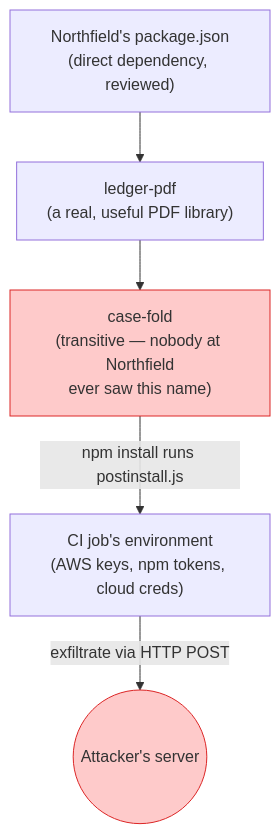
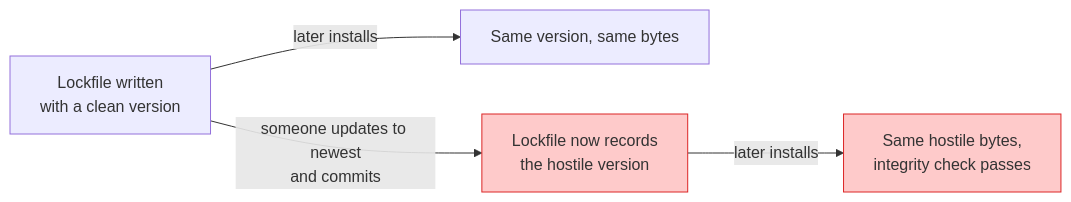
Before and after one commit to francoandreDev/knowledge: the third of 4 diagrams in src/content/security/supply-chain-security/L2-concept.mdx, drawn with Mermaid. The commit also changed other lines of this file and 3 other files, not shown here.

````diff
--- a/src/content/security/supply-chain-security/L2-concept.mdx
+++ b/src/content/security/supply-chain-security/L2-concept.mdx
@@ -30,9 +100,8 @@
 ```mermaid
-flowchart TD
-    A["Northfield's package.json<br/>(direct dependency, reviewed)"] --> B["ledger-pdf<br/>(a real, useful PDF library)"]
-    B --> C["case-fold<br/>(transitive — nobody at Northfield<br/>ever saw this name)"]
-    C -->|"npm install runs postinstall.js"| D["CI job's environment<br/>(AWS keys, npm tokens, cloud creds)"]
-    D -->|"exfiltrate via HTTP POST"| E(("Attacker's server"))
+flowchart LR
+    A["Lockfile written<br/>with a clean version"] -->|"later installs"| B["Same version, same bytes"]
+    A -->|"someone updates to newest<br/>and commits"| C["Lockfile now records<br/>the hostile version"]
+    C -->|"later installs"| D["Same hostile bytes,<br/>integrity check passes"]
     style C fill:#fecaca,stroke:#dc2626
-    style E fill:#fecaca,stroke:#dc2626
+    style D fill:#fecaca,stroke:#dc2626
 ```
````
